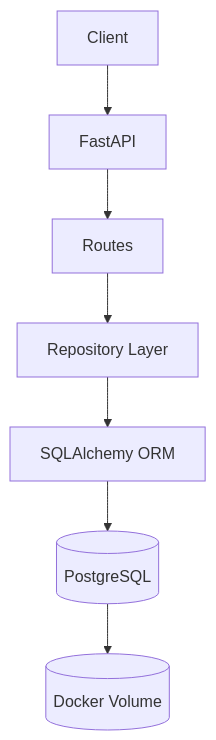
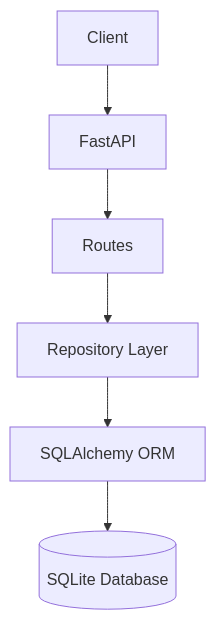
Before and after one commit to Devanshu07R/flyrank-task-api: the diagram in README.md, drawn with Mermaid. The commit also changed other lines of this file, not shown here.

Commit message:
docs: update README for Week 3 SQLite assignment

````diff
--- a/README.md
+++ b/README.md
@@ -28,18 +29,16 @@
 ```mermaid
 graph TD
 
 A[Client]
 B[FastAPI]
 C[Routes]
 D[Repository Layer]
 E[SQLAlchemy ORM]
-F[(PostgreSQL)]
-G[(Docker Volume)]
+F[(SQLite Database)]
 
 A --> B
 B --> C
 C --> D
 D --> E
 E --> F
-F --> G
 ```
````
